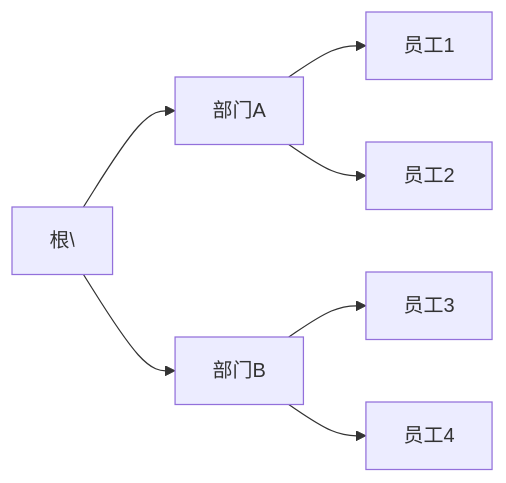
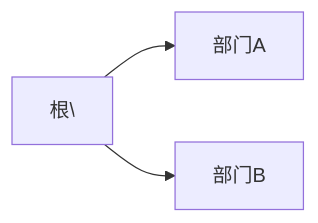
Before and after one commit to wanghao0409/ComputerNote: the diagram in Linux.md, drawn with Mermaid. The commit also changed 1 other file, not shown here.

Commit message:
vault backup: 2026-02-24 09:08:36

````diff
--- a/Linux.md
+++ b/Linux.md
@@ -10,10 +10,7 @@
 ```mermaid
 graph LR
     Root[根\] --> A[部门A]
     Root --> B[部门B]
-    A --> A1[员工1]
-    A --> A2[员工2]
-    B --> B1[员工3]
-    B --> B2[员工4]
+
 
 ```
````
